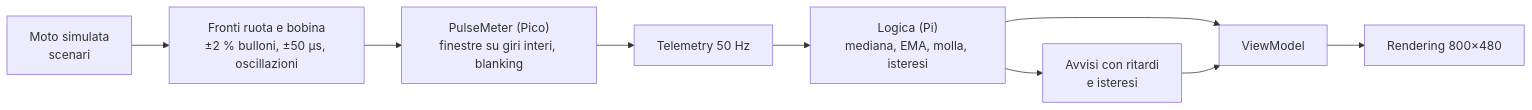
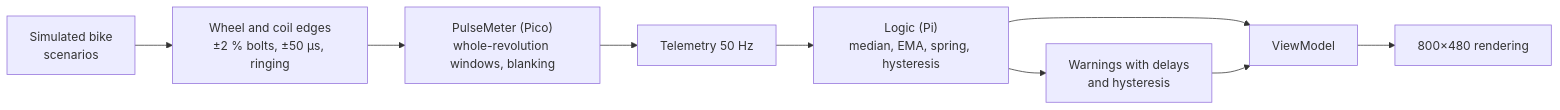
The diagram in design/README.md (frascella-dev/tdm-dash), drawn with Mermaid before and after one commit. The commit also changed other lines of this file and 183 other files, not shown here.

````diff
--- a/design/README.md
+++ b/design/README.md
@@ -13,11 +13,11 @@
 ```mermaid
 flowchart LR
-  V["Moto simulata<br/>scenari"] --> E["Fronti ruota e bobina<br/>±2 % bulloni, ±50 µs, oscillazioni"]
-  E --> PM["PulseMeter (Pico)<br/>finestre su giri interi, blanking"]
+  V["Simulated bike<br/>scenarios"] --> E["Wheel and coil edges<br/>±2 % bolts, ±50 µs, ringing"]
+  E --> PM["PulseMeter (Pico)<br/>whole-revolution windows, blanking"]
   PM --> TEL["Telemetry 50 Hz"]
-  TEL --> HOST["Logica (Pi)<br/>mediana, EMA, molla, isteresi"]
+  TEL --> HOST["Logic (Pi)<br/>median, EMA, spring, hysteresis"]
   HOST --> VM["ViewModel"]
-  VM --> R["Rendering 800×480"]
-  HOST --> W["Avvisi con ritardi<br/>e isteresi"]
+  VM --> R["800×480 rendering"]
+  HOST --> W["Warnings with delays<br/>and hysteresis"]
   W --> VM
 ```
````
